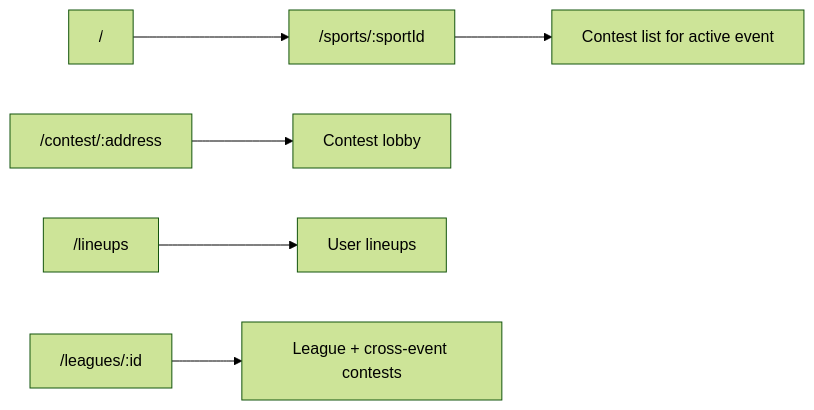
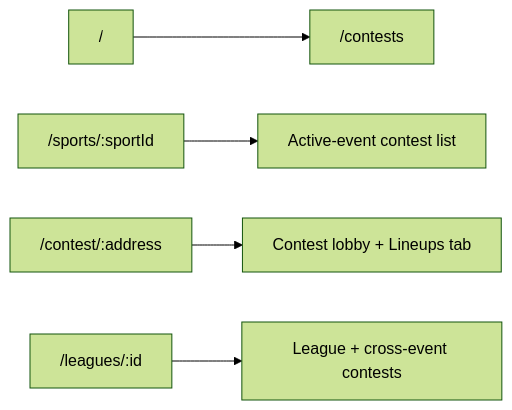
One commit to MagRelo/cut changed the second of 3 diagrams in spec/client/architecture.md. Above: the diagram before and after it, drawn with Mermaid (forest theme). The commit also changed other lines of this file and 36 other files, not shown here.

First line of the commit message:
Refactor sport context handling and enhance event management

````diff
--- a/spec/client/architecture.md
+++ b/spec/client/architecture.md
@@ -35,8 +33,7 @@
 ```mermaid
 flowchart LR
-  ROOT["/"] --> HUB["/sports/:sportId"]
-  HUB --> CONTESTS[Contest list for active event]
-  LOBBY["/contest/:address"] --> CONTEST[Contest lobby]
-  LINEUPS["/lineups"] --> MY[User lineups]
+  ROOT["/"] --> CONTESTS["/contests"]
+  HUB["/sports/:sportId"] --> HUB_LIST[Active-event contest list]
+  LOBBY["/contest/:address"] --> CONTEST[Contest lobby + Lineups tab]
   LEAGUES["/leagues/:id"] --> LEAGUE[League + cross-event contests]
 ```
````
